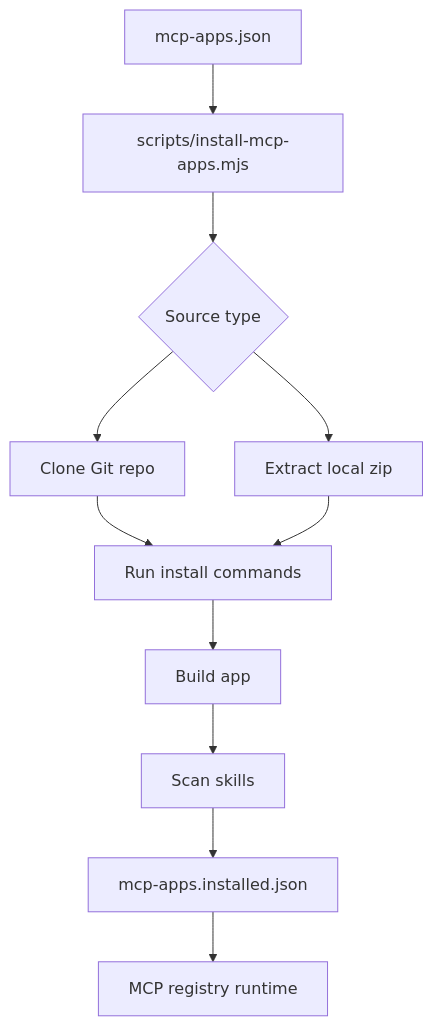
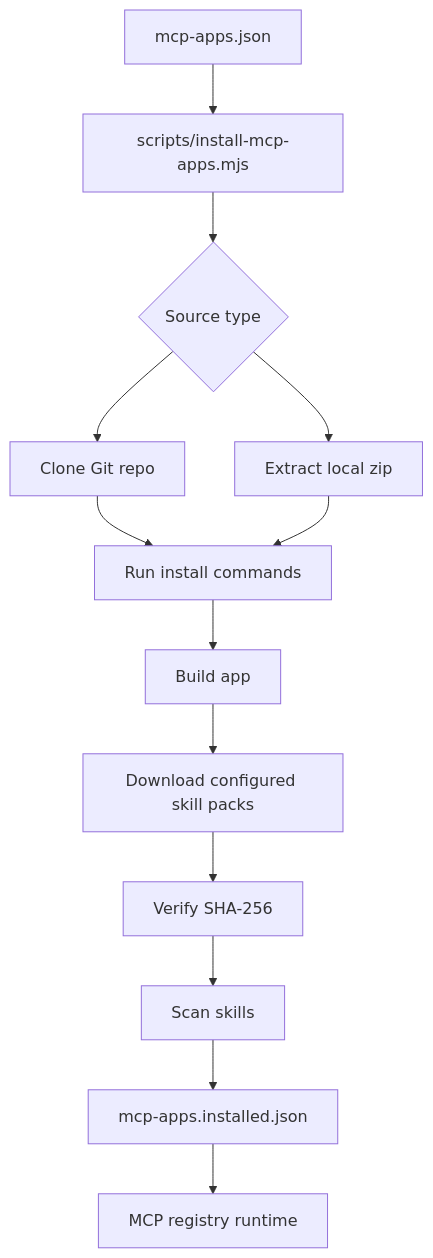
One commit to metalshanked/rubberband changed the sixth of 8 diagrams in README.md. Above: the diagram before and after it, drawn with Mermaid. The commit also changed other lines of this file and 4 other files, not shown here.

Commit message:
Install Elastic Observability skill packs

````diff
--- a/README.md
+++ b/README.md
@@ -259,13 +260,15 @@
 ```mermaid
 flowchart TD
   Config[mcp-apps.json] --> Installer[scripts/install-mcp-apps.mjs]
   Installer --> Source{Source type}
   Source --> Git[Clone Git repo]
   Source --> Zip[Extract local zip]
   Git --> Install[Run install commands]
   Zip --> Install
   Install --> Build[Build app]
-  Build --> Skills[Scan skills]
+  Build --> SkillPacks[Download configured skill packs]
+  SkillPacks --> Verify[Verify SHA-256]
+  Verify --> Skills[Scan skills]
   Skills --> Manifest[mcp-apps.installed.json]
   Manifest --> Runtime[MCP registry runtime]
 ```
````
